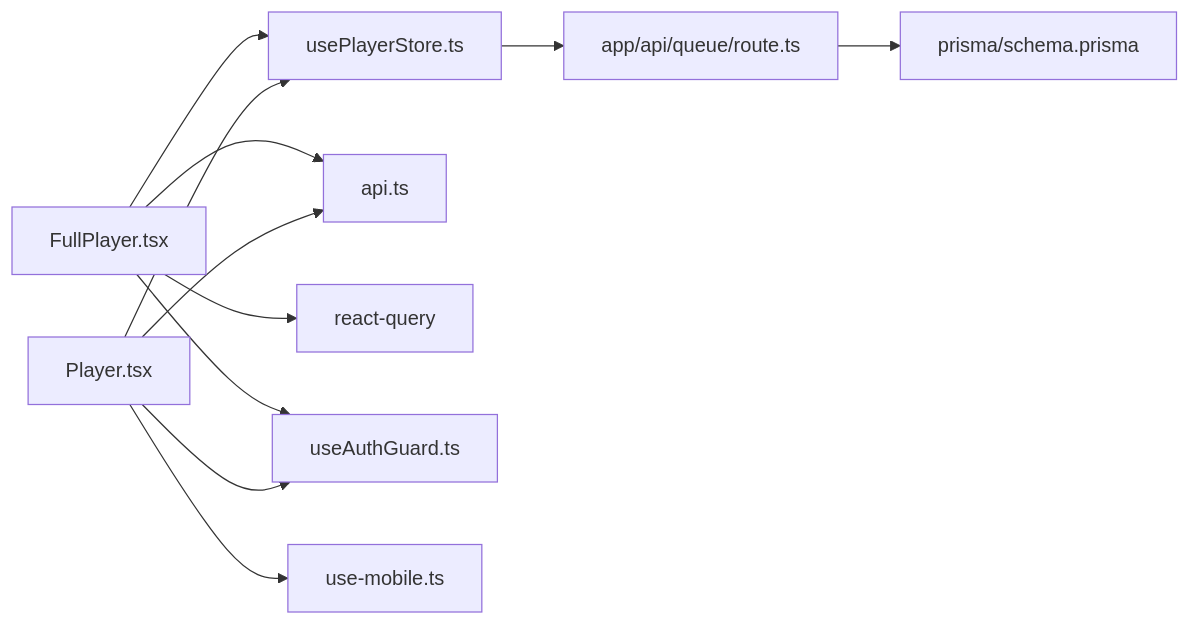
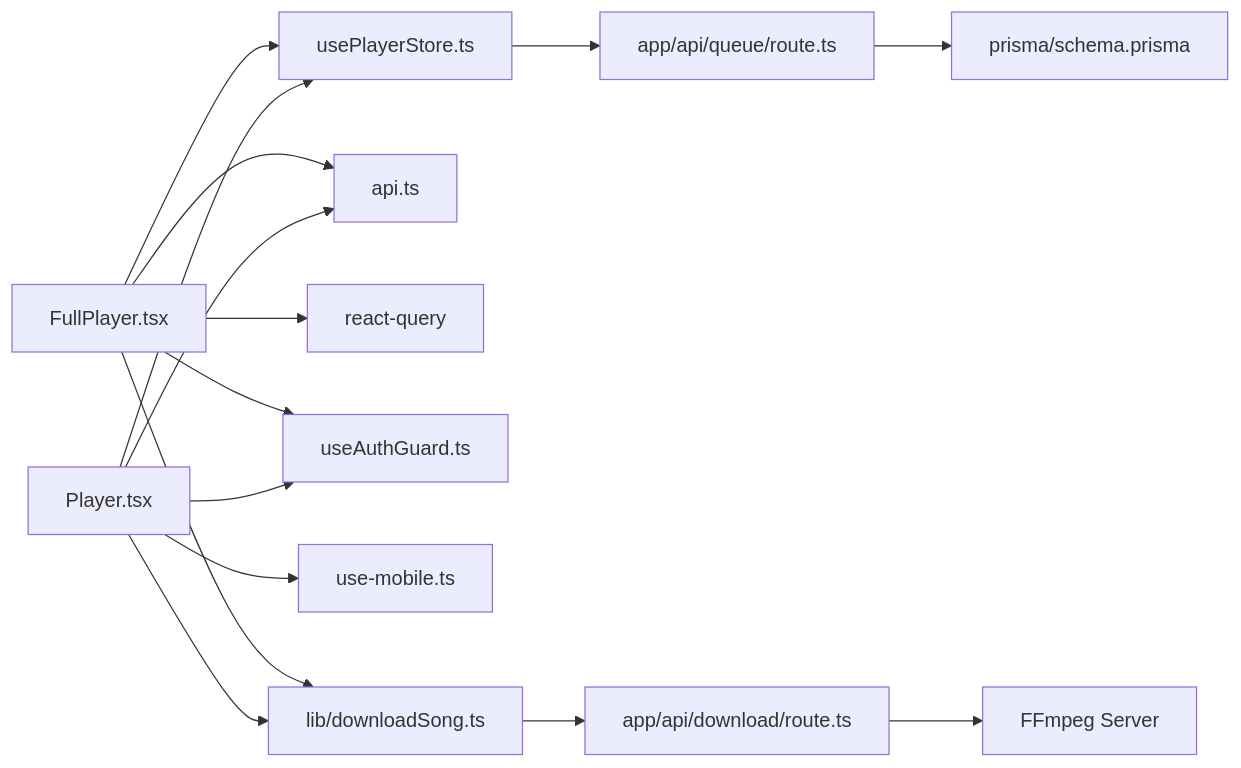
One commit to moindestiny/SonicStream changed the ninth of 9 diagrams in .qoder/repowiki/en/content/Core Features/Audio Player.md. Above: the diagram before and after it, drawn with Mermaid. The commit also changed other lines of this file and 12 other files, not shown here.

````diff
--- a/.qoder/repowiki/en/content/Core Features/Audio Player.md
+++ b/.qoder/repowiki/en/content/Core Features/Audio Player.md
@@ -404,13 +475,17 @@
 ```mermaid
 graph LR
 Player["Player.tsx"] --> Store["usePlayerStore.ts"]
 Full["FullPlayer.tsx"] --> Store
 Player --> API["api.ts"]
 Full --> API
 Full --> Query["react-query"]
 Store --> QueueAPI["app/api/queue/route.ts"]
 QueueAPI --> Prisma["prisma/schema.prisma"]
 Player --> Auth["useAuthGuard.ts"]
 Full --> Auth
 Player --> Mobile["use-mobile.ts"]
+Player --> DownloadLib["lib/downloadSong.ts"]
+Full --> DownloadLib
+DownloadLib --> DownloadAPI["app/api/download/route.ts"]
+DownloadAPI --> FFmpeg["FFmpeg Server"]
 ```
````
